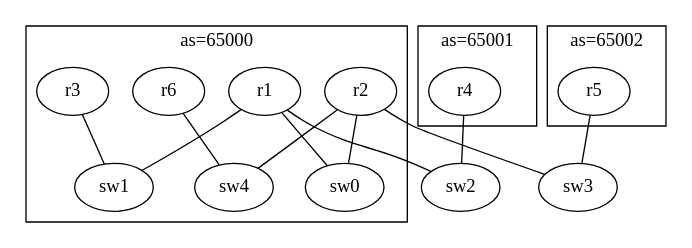
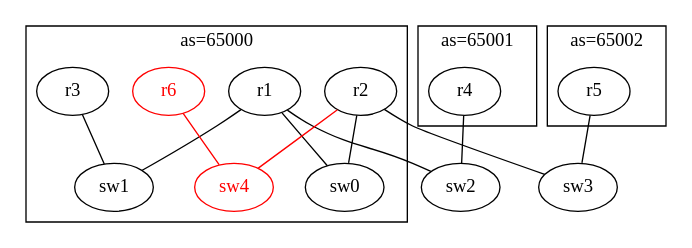
The diagram in answer/3/bgp.dot (cpflat/dot2net-evaluation), drawn with Graphviz before and after one commit. The commit also changed 42 other files, not shown here.

```diff
--- a/answer/3/bgp.dot
+++ b/answer/3/bgp.dot
@@ -1,36 +1,36 @@
 digraph  {
         subgraph cluster1 {
                 label="as=65000";
 		r1[class="router; bgp; ospf"];
 		r2[class="router; bgp; ospf"];
 		r3[class="router; ospf"];
 		sw0[class="switch"];
 		sw1[class="switch"];
-		r6[class="router; ospf"];
-		sw4[class="switch"];
+		r6[class="router; ospf", color="red", fontcolor="red"];
+		sw4[class="switch", color="red", fontcolor="red"];
         }
 
 	subgraph cluster2 {
 		label="as=65001";
 		r4[class="router; bgp"];
 	}
 
 	subgraph cluster3 {
 		label="as=65002";
 		r5[class="router; bgp"];
 	}
 
 	sw2[class="switch"];
 	sw3[class="switch"];
 
 	r1->sw0[dir="none", tailclass="ibgp; ospf; priority=10"];
 	r2->sw0[dir="none", tailclass="ibgp; ospf; priority=5"]
 	r1->sw1[dir="none", tailclass="ospf; priority=10"];
 	r3->sw1[dir="none", tailclass="ospf; priority=5"];
 	r1->sw2[dir="none", tailclass="ebgp"];
 	r4->sw2[dir="none", tailclass="ebgp"];
 	r2->sw3[dir="none", tailclass="ebgp"];
 	r5->sw3[dir="none", tailclass="ebgp"];
-	r2->sw4[dir="none", tailclass="ospf; priority=10"];
-	r6->sw4[dir="none", tailclass="ospf; priority=5"];
+	r2->sw4[dir="none", tailclass="ospf; priority=10", color="red"];
+	r6->sw4[dir="none", tailclass="ospf; priority=5", color="red"];
 }
```
